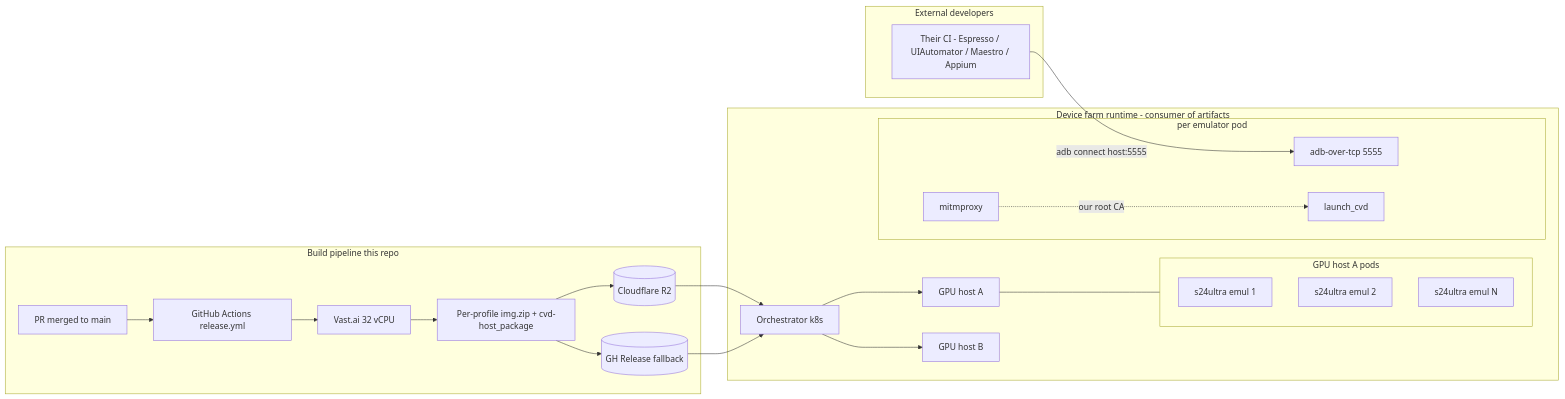
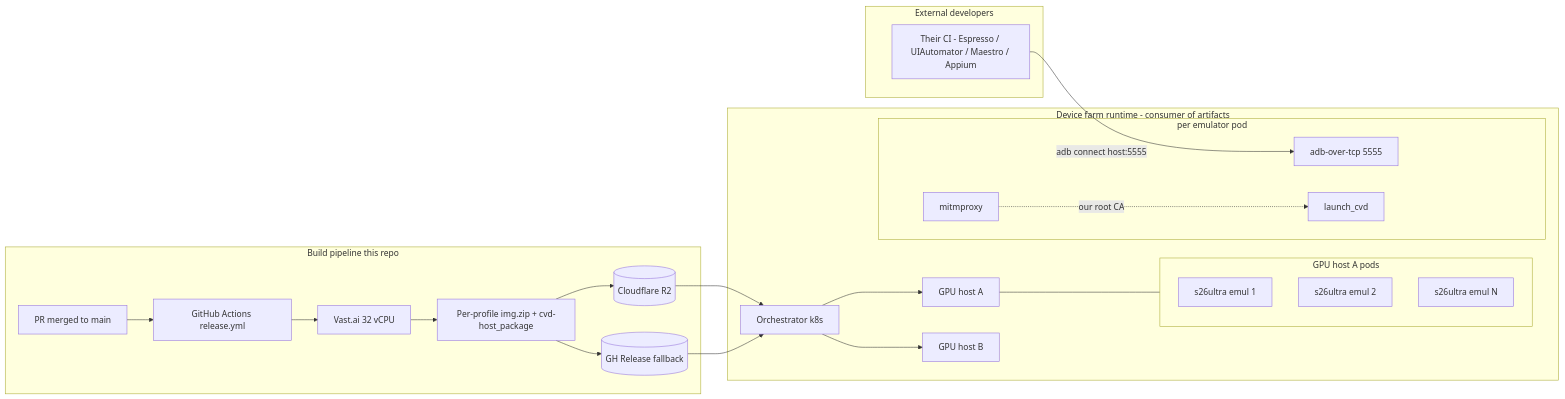
The first of 2 diagrams in docs/device-farm.md (tech-sumit/android-oem-pipeline), drawn with Mermaid before and after one commit. The commit also changed other lines of this file and 38 other files, not shown here.

````diff
--- a/docs/device-farm.md
+++ b/docs/device-farm.md
@@ -17,41 +17,41 @@
 ```mermaid
 flowchart LR
     subgraph BuildSide[Build pipeline this repo]
         PR[PR merged to main]
         PR --> GHA[GitHub Actions release.yml]
         GHA --> Vast[Vast.ai 32 vCPU]
         Vast --> Img[Per-profile img.zip + cvd-host_package]
         Img --> R2[(Cloudflare R2)]
         Img --> GHR[(GH Release fallback)]
     end
 
     subgraph FarmSide[Device farm runtime - consumer of artifacts]
         Orch[Orchestrator k8s]
         GPU1[GPU host A]
         GPU2[GPU host B]
         Orch --> GPU1
         Orch --> GPU2
 
         subgraph EmulPodA[GPU host A pods]
-            E1[s24ultra emul 1]
-            E2[s24ultra emul 2]
-            EN[s24ultra emul N]
+            E1[s26ultra emul 1]
+            E2[s26ultra emul 2]
+            EN[s26ultra emul N]
         end
         GPU1 --- EmulPodA
 
         subgraph PerEmul[per emulator pod]
             CVD[launch_cvd]
             Proxy[mitmproxy]
             ADB[adb-over-tcp 5555]
         end
     end
 
     R2 --> Orch
     GHR --> Orch
 
     subgraph Tests[External developers]
         CI[Their CI - Espresso / UIAutomator / Maestro / Appium]
     end
     CI -- adb connect host:5555 --> ADB
     Proxy -. our root CA .-> CVD
 ```
````
